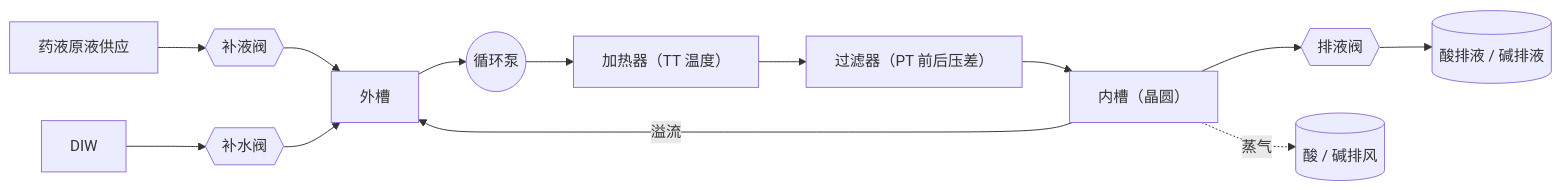
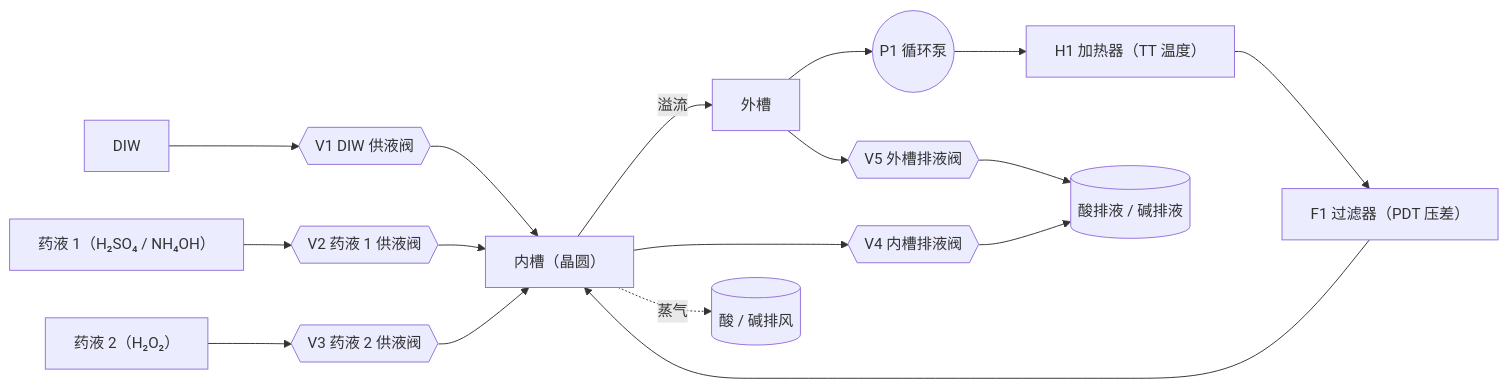
One commit to GuangxianZhu/SEMI-WetBatchCleaner changed the first of 4 diagrams in docs/管路.md. Above: the diagram before and after it, drawn with Mermaid. The commit also changed other lines of this file and 11 other files, not shown here.

First line of the commit message:
Chemical bath piping sample: one data set for 2D P&ID, flows and 3D pipes

````diff
--- a/docs/管路.md
+++ b/docs/管路.md
@@ -66,9 +68,11 @@
 ```mermaid
 flowchart LR
-  CHEM["药液原液供应"] --> VS{{"补液阀"}} --> OUT["外槽"]
-  DIW["DIW"] --> VM{{"补水阀"}} --> OUT
-  IN["内槽（晶圆）"] -- "溢流" --> OUT
-  OUT --> PUMP(("循环泵")) --> HTR["加热器（TT 温度）"] --> FLT["过滤器（PT 前后压差）"] --> IN
-  IN --> VD{{"排液阀"}} --> DR[("酸排液 / 碱排液")]
+  DIW["DIW"] --> V1{{"V1 DIW 供液阀"}} --> IN["内槽（晶圆）"]
+  C1["药液 1（H₂SO₄ / NH₄OH）"] --> V2{{"V2 药液 1 供液阀"}} --> IN
+  C2["药液 2（H₂O₂）"] --> V3{{"V3 药液 2 供液阀"}} --> IN
+  IN -- "溢流" --> OUT["外槽"]
+  OUT --> PUMP(("P1 循环泵")) --> HTR["H1 加热器（TT 温度）"] --> FLT["F1 过滤器（PDT 压差）"] --> IN
+  IN --> V4{{"V4 内槽排液阀"}} --> DR[("酸排液 / 碱排液")]
+  OUT --> V5{{"V5 外槽排液阀"}} --> DR
   IN -. "蒸气" .-> EX[("酸 / 碱排风")]
 ```
````
